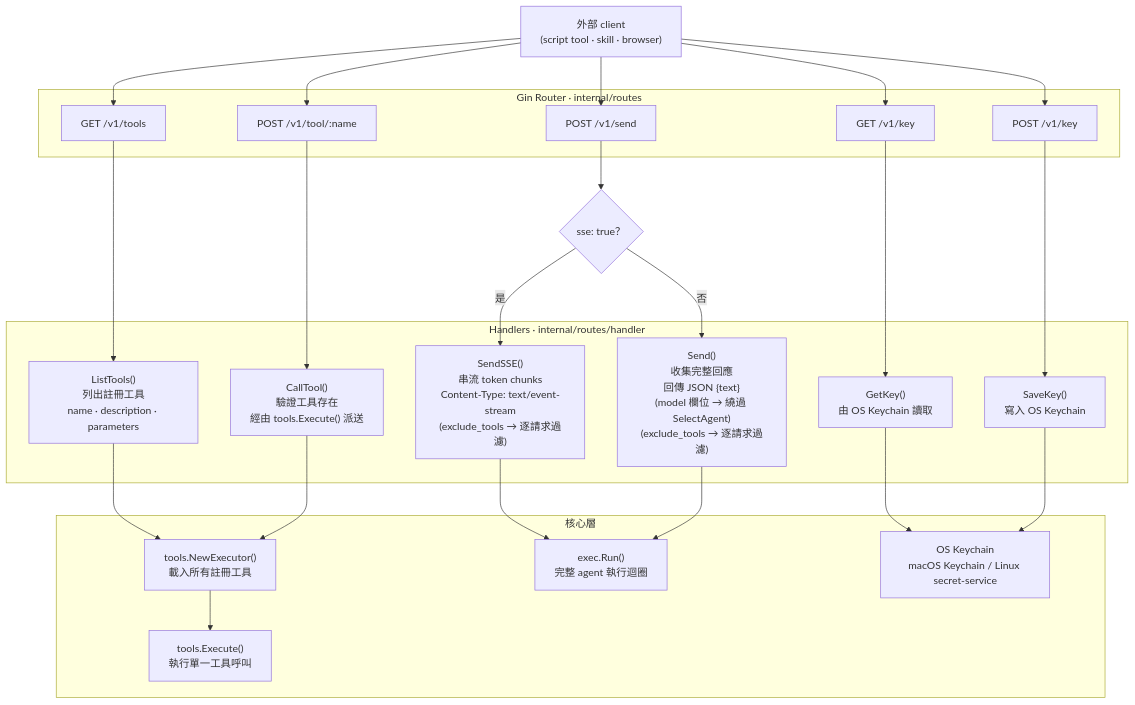
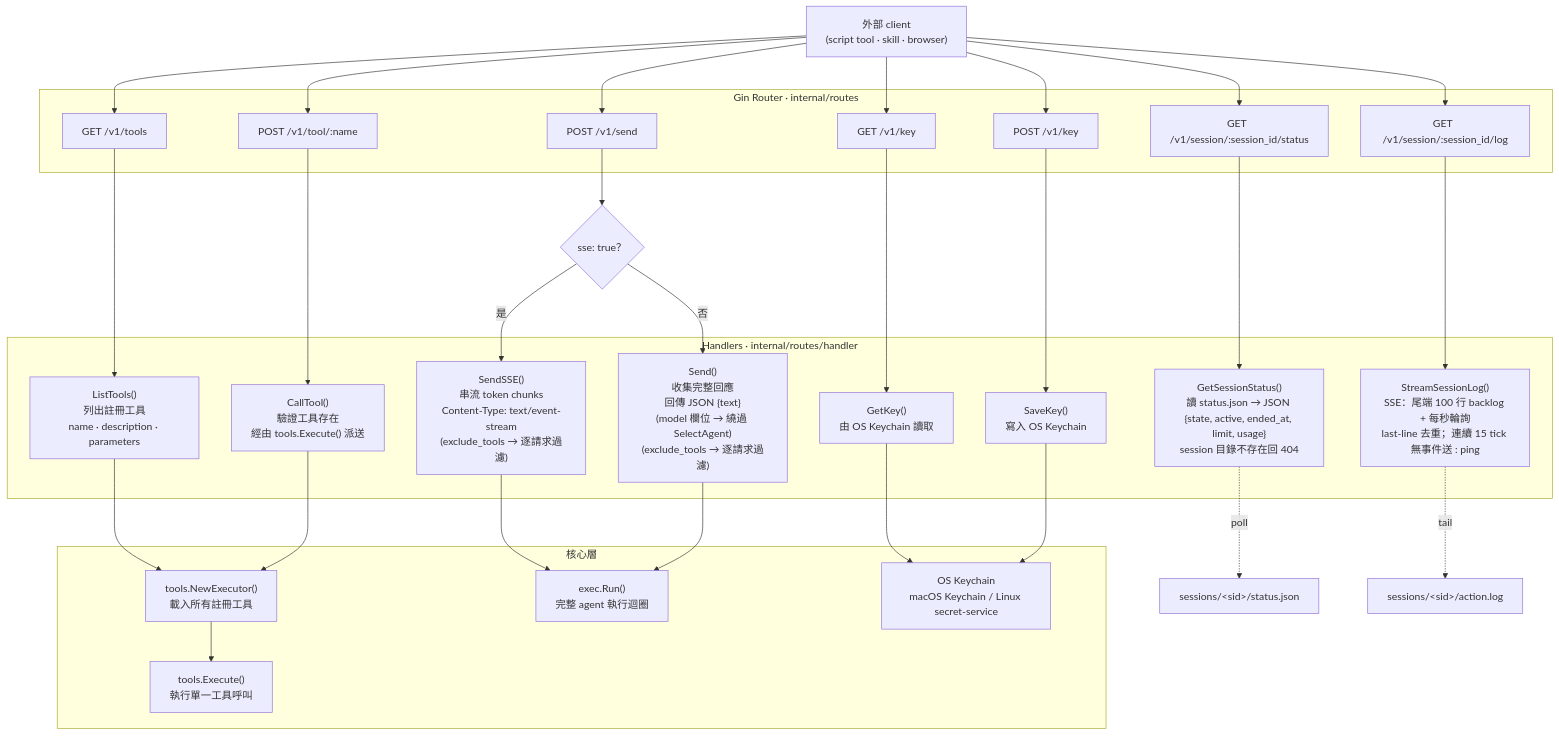
Before and after one commit to pardnchiu/Agenvoy: the ninth of 9 diagrams in doc/architecture.zh.md, drawn with Mermaid. The commit also changed 7 other files, not shown here.

````diff
--- a/doc/architecture.zh.md
+++ b/doc/architecture.zh.md
@@ -425,46 +425,54 @@
 ```mermaid
 flowchart TD
     Client["外部 client\n(script tool · skill · browser)"]
 
     subgraph Router ["Gin Router · internal/routes"]
         R1["GET  /v1/tools"]
         R2["POST /v1/tool/:name"]
         R3["POST /v1/send"]
         R4["GET  /v1/key"]
         R5["POST /v1/key"]
+        R6["GET  /v1/session/:session_id/status"]
+        R7["GET  /v1/session/:session_id/log"]
     end
 
     subgraph Handlers ["Handlers · internal/routes/handler"]
         H1["ListTools()\n列出註冊工具\nname · description · parameters"]
         H2["CallTool()\n驗證工具存在\n經由 tools.Execute() 派送"]
         H3SSE["SendSSE()\n串流 token chunks\nContent-Type: text/event-stream\n(exclude_tools → 逐請求過濾)"]
         H3JSON["Send()\n收集完整回應\n回傳 JSON {text}\n(model 欄位 → 繞過 SelectAgent)\n(exclude_tools → 逐請求過濾)"]
         H4["GetKey()\n由 OS Keychain 讀取"]
         H5["SaveKey()\n寫入 OS Keychain"]
+        H6["GetSessionStatus()\n讀 status.json → JSON {state, active, ended_at, limit, usage}\nsession 目錄不存在回 404"]
+        H7["StreamSessionLog()\nSSE：尾端 100 行 backlog + 每秒輪詢\nlast-line 去重；連續 15 tick 無事件送 : ping"]
     end
 
     subgraph Core ["核心層"]
         Executor["tools.NewExecutor()\n載入所有註冊工具"]
         Execute["tools.Execute()\n執行單一工具呼叫"]
         Run["exec.Run()\n完整 agent 執行迴圈"]
         KC["OS Keychain\nmacOS Keychain / Linux secret-service"]
     end
 
     SSECheck{"sse: true？"}
 
-    Client --> R1 & R2 & R3 & R4 & R5
+    Client --> R1 & R2 & R3 & R4 & R5 & R6 & R7
     R1 --> H1
     R2 --> H2
     R3 --> SSECheck
     SSECheck -->|"是"| H3SSE
     SSECheck -->|"否"| H3JSON
     R4 --> H4
     R5 --> H5
+    R6 --> H6
+    R7 --> H7
 
     H1 --> Executor
     H2 --> Executor --> Execute
     H3SSE --> Run
     H3JSON --> Run
     H4 --> KC
     H5 --> KC
+    H6 -.->|"poll"| StatusFile["sessions/&lt;sid&gt;/status.json"]
+    H7 -.->|"tail"| ActionFile["sessions/&lt;sid&gt;/action.log"]
 ```
````
